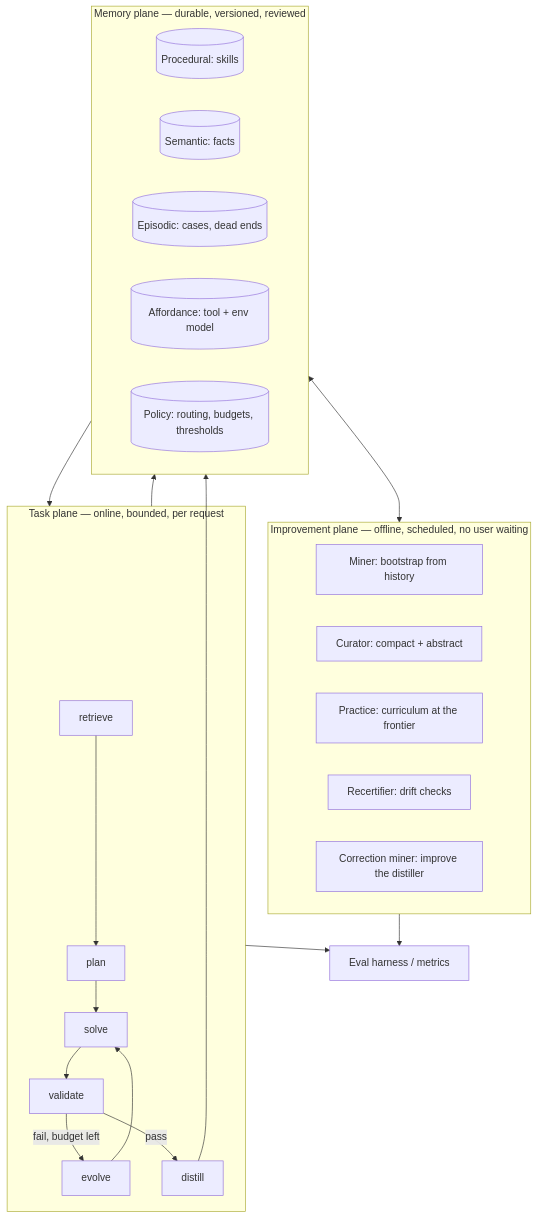
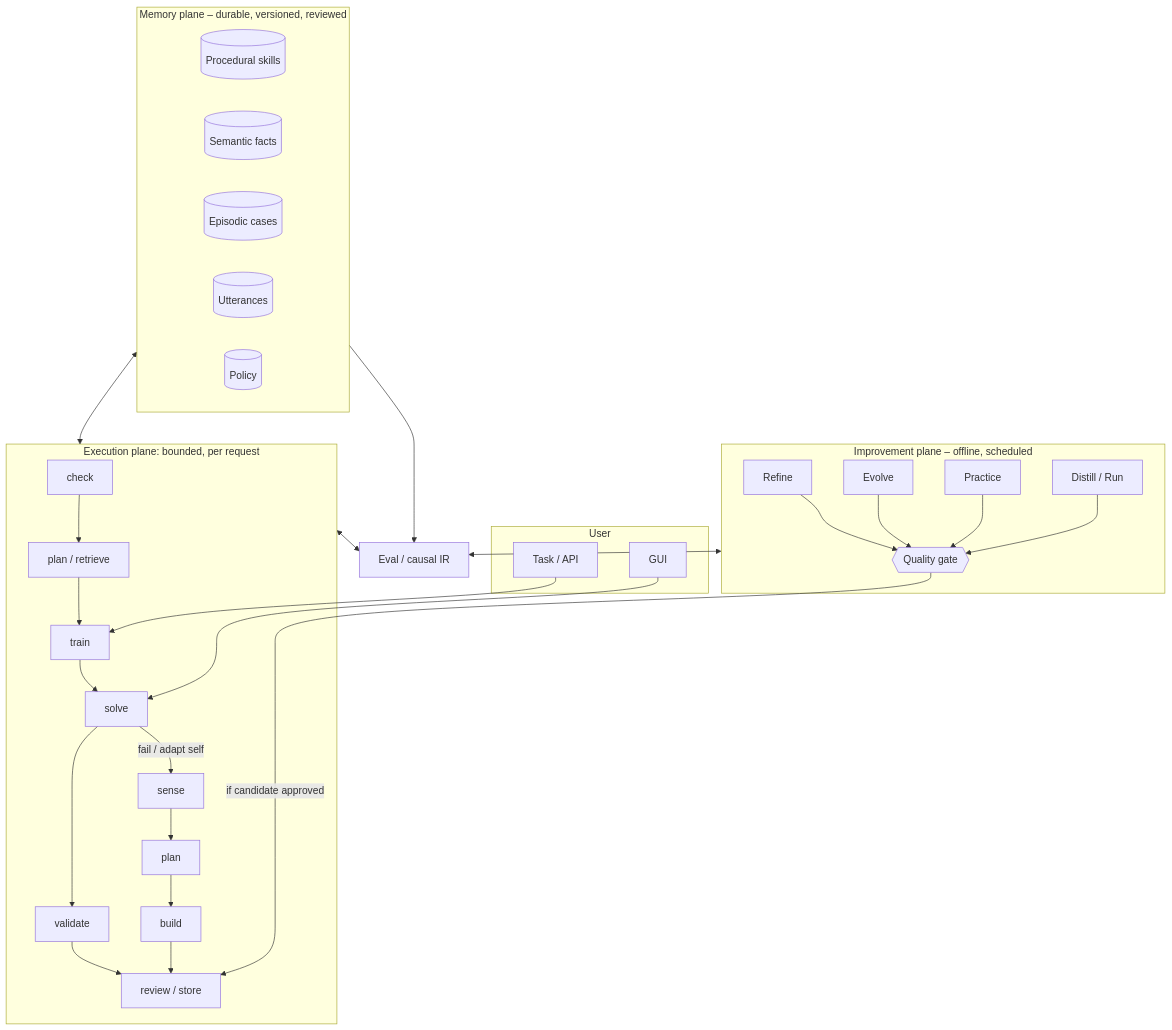
Before and after one commit to quantrobs/recertia: the diagram in docs/architecture/overview.md, drawn with Mermaid. The commit also changed other lines of this file and 1 other file, not shown here.

Commit message:
Swap architecture diagram to execution/memory/improvement layout (#31)
Replace the three-plane Mermaid diagrams in the architecture overview and
README with the revised topology: User entry points, execution check→train→
solve path with fail/adapt loop, utterances in memory, and improvement
jobs gated by a quality gate into review/store.

````diff
--- a/docs/architecture/overview.md
+++ b/docs/architecture/overview.md
@@ -65,28 +65,42 @@
 ```mermaid
 flowchart TB
-    subgraph task["Task plane — online, bounded, per request"]
-        R[retrieve] --> P[plan] --> S[solve] --> V[validate]
-        V -->|"fail, budget left"| E[evolve] --> S
-        V -->|pass| D[distill]
+    subgraph user["User"]
+        GUI[GUI]
+        API[Task / API]
     end
-    subgraph mem["Memory plane — durable, versioned, reviewed"]
-        PROC[(Procedural: skills)]
-        SEM[(Semantic: facts)]
-        EPI[(Episodic: cases, dead ends)]
-        AFF[(Affordance: tool + env model)]
-        POL[(Policy: routing, budgets, thresholds)]
+
+    subgraph exec["Execution plane: bounded, per request"]
+        CHECK[check] --> PR["plan / retrieve"] --> TRAIN[train] --> SOLVE[solve] --> VAL[validate] --> REV["review / store"]
+        SOLVE -->|"fail / adapt self"| SENSE[sense] --> APLAN[plan] --> BUILD[build] --> REV
     end
-    subgraph imp["Improvement plane — offline, scheduled, no user waiting"]
-        MINE[Miner: bootstrap from history]
-        CUR[Curator: compact + abstract]
-        PRAC[Practice: curriculum at the frontier]
-        RECERT[Recertifier: drift checks]
-        CORR[Correction miner: improve the distiller]
+
+    subgraph mem["Memory plane – durable, versioned, reviewed"]
+        PROC[("Procedural skills")]
+        SEM[("Semantic facts")]
+        EPI[("Episodic cases")]
+        UTT[("Utterances")]
+        POL[("Policy")]
     end
-    mem --> task
-    D --> mem
-    task --> mem
-    mem <--> imp
-    imp --> EVAL[Eval harness / metrics]
-    task --> EVAL
+
+    subgraph imp["Improvement plane – offline, scheduled"]
+        REF[Refine]
+        EVO[Evolve]
+        PRAC[Practice]
+        DIST["Distill / Run"]
+        GATE{{Quality gate}}
+        REF --> GATE
+        EVO --> GATE
+        PRAC --> GATE
+        DIST --> GATE
+    end
+
+    EVAL["Eval / causal IR"]
+
+    GUI --> SOLVE
+    API --> TRAIN
+    mem <--> exec
+    mem --> EVAL
+    exec <--> EVAL
+    imp <--> EVAL
+    GATE -->|"if candidate approved"| REV
 ```
````
